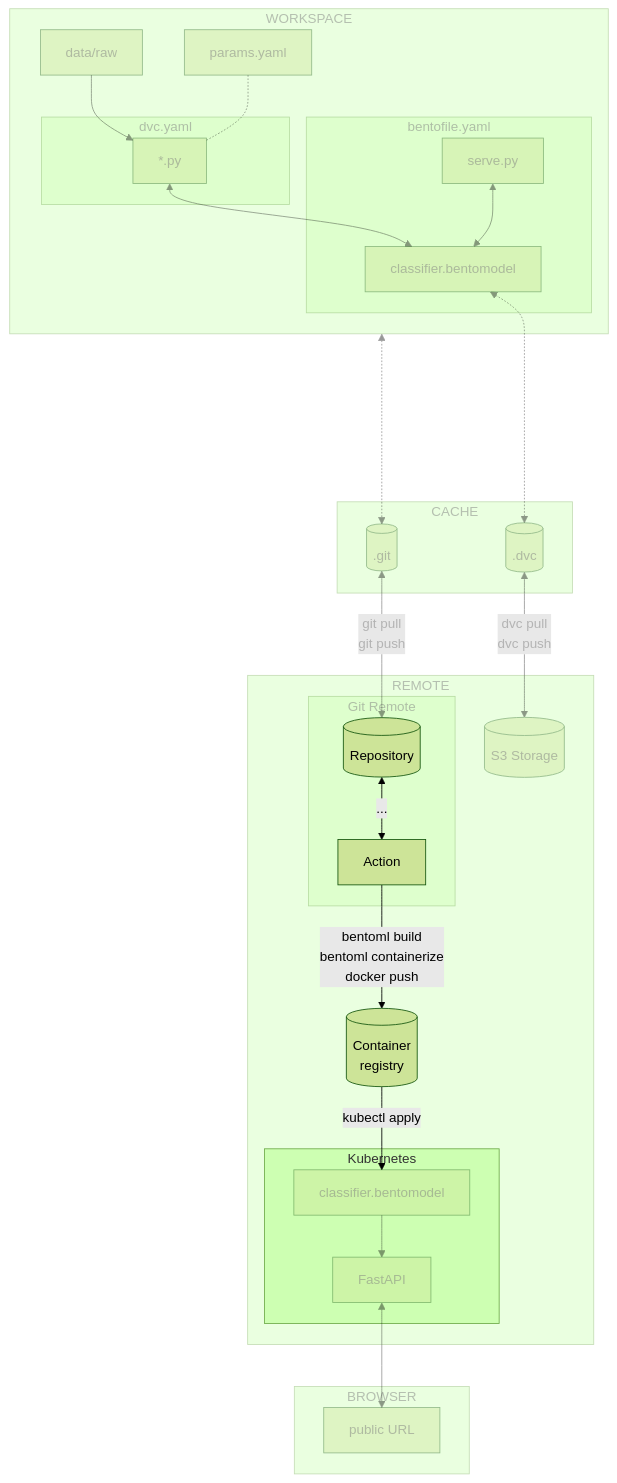
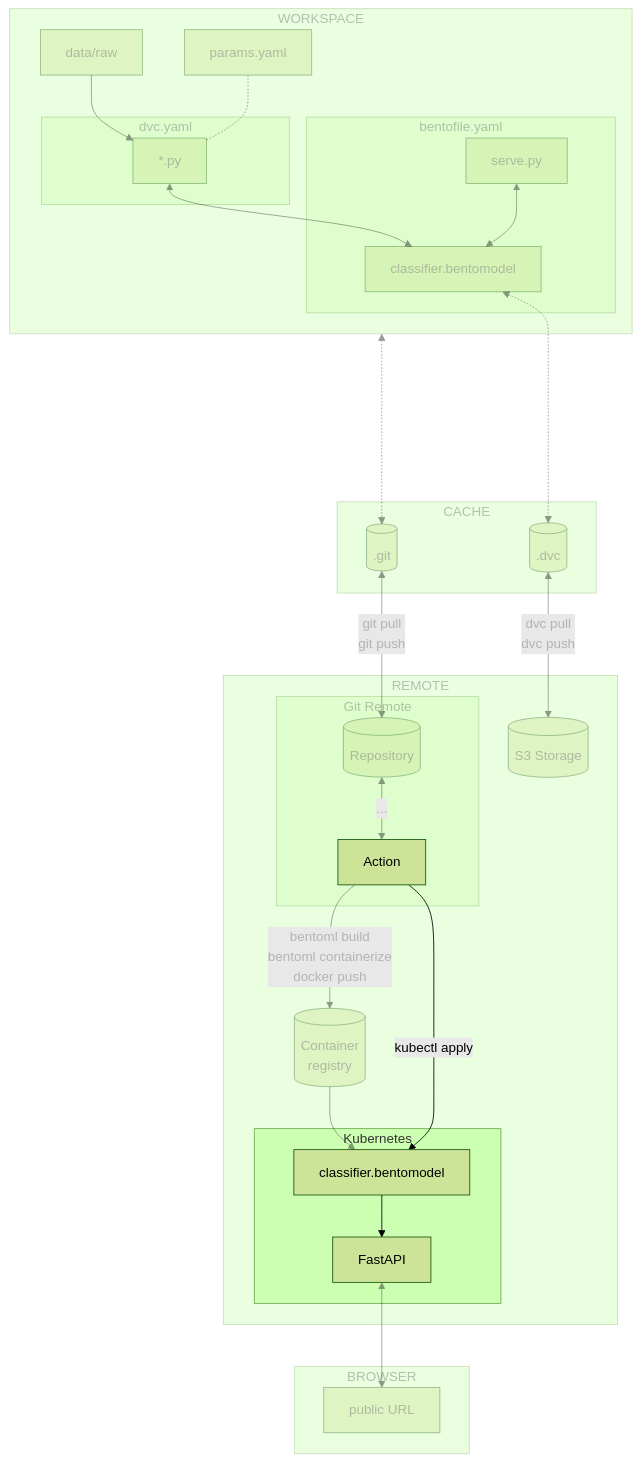
One commit to swiss-ai-center/a-guide-to-mlops changed the diagram in docs/part-3-serve-and-deploy-the-model/chapter-16-continuous-deployment-of-the-model-with-the-cicd-pipeline.md. Above: the diagram before and after it, drawn with Mermaid (forest theme). The commit also changed other lines of this file, not shown here.

````diff
--- a/docs/part-3-serve-and-deploy-the-model/chapter-16-continuous-deployment-of-the-model-with-the-cicd-pipeline.md
+++ b/docs/part-3-serve-and-deploy-the-model/chapter-16-continuous-deployment-of-the-model-with-the-cicd-pipeline.md
@@ -24,71 +24,75 @@
 ```mermaid
 flowchart TB
     dot_dvc[(.dvc)] <-->|dvc pull\ndvc push| s3_storage[(S3 Storage)]
     dot_git[(.git)] <-->|git pull\ngit push| repository[(Repository)]
     workspaceGraph <-....-> dot_git
     data[data/raw]
 
     subgraph cacheGraph[CACHE]
         dot_dvc
         dot_git
     end
 
     subgraph workspaceGraph[WORKSPACE]
         data --> code[*.py]
         subgraph dvcGraph["dvc.yaml"]
             code
         end
         params[params.yaml] -.- code
         code <--> bento_model[classifier.bentomodel]
         subgraph bentoGraph[bentofile.yaml]
             bento_model
             serve[serve.py] <--> bento_model
         end
         bento_model <-.-> dot_dvc
     end
 
     subgraph remoteGraph[REMOTE]
         s3_storage
         subgraph gitGraph[Git Remote]
             repository <--> |...|action[Action]
         end
+        registry[(Container\nregistry)]
+        action --> |bentoml build\nbentoml containerize\ndocker push|registry
         subgraph clusterGraph[Kubernetes]
             bento_service_cluster[classifier.bentomodel] --> k8s_fastapi[FastAPI]
         end
-
-        registry[(Container\nregistry)] --> |kubectl apply|bento_service_cluster
-        action --> |bentoml build\nbentoml containerize\ndocker push|registry
+        registry[(Container\nregistry)] --> bento_service_cluster
+        action --> |kubectl apply|bento_service_cluster
     end
 
     subgraph browserGraph[BROWSER]
         k8s_fastapi <--> publicURL["public URL"]
     end
+
     style workspaceGraph opacity:0.4,color:#7f7f7f80
     style dvcGraph opacity:0.4,color:#7f7f7f80
     style cacheGraph opacity:0.4,color:#7f7f7f80
     style data opacity:0.4,color:#7f7f7f80
     style dot_git opacity:0.4,color:#7f7f7f80
     style dot_dvc opacity:0.4,color:#7f7f7f80
     style code opacity:0.4,color:#7f7f7f80
     style bentoGraph opacity:0.4,color:#7f7f7f80
     style serve opacity:0.4,color:#7f7f7f80
     style bento_model opacity:0.4,color:#7f7f7f80
     style params opacity:0.4,color:#7f7f7f80
     style s3_storage opacity:0.4,color:#7f7f7f80
     style remoteGraph opacity:0.4,color:#7f7f7f80
     style gitGraph opacity:0.4,color:#7f7f7f80
-    style bento_service_cluster opacity:0.4,color:#7f7f7f80
-    style k8s_fastapi opacity:0.4,color:#7f7f7f80
+    style repository opacity:0.4,color:#7f7f7f80
+    style registry opacity:0.4,color:#7f7f7f80
     style browserGraph opacity:0.4,color:#7f7f7f80
     style publicURL opacity:0.4,color:#7f7f7f80
     linkStyle 0 opacity:0.4,color:#7f7f7f80
     linkStyle 1 opacity:0.4,color:#7f7f7f80
     linkStyle 2 opacity:0.4,color:#7f7f7f80
     linkStyle 3 opacity:0.4,color:#7f7f7f80
     linkStyle 4 opacity:0.4,color:#7f7f7f80
     linkStyle 5 opacity:0.4,color:#7f7f7f80
     linkStyle 6 opacity:0.4,color:#7f7f7f80
     linkStyle 7 opacity:0.4,color:#7f7f7f80
+    linkStyle 8 opacity:0.4,color:#7f7f7f80
     linkStyle 9 opacity:0.4,color:#7f7f7f80
-    linkStyle 12 opacity:0.4,color:#7f7f7f80
+    linkStyle 11 opacity:0.4,color:#7f7f7f80
+    linkStyle 13 opacity:0.4,color:#7f7f7f80
 ```
````
